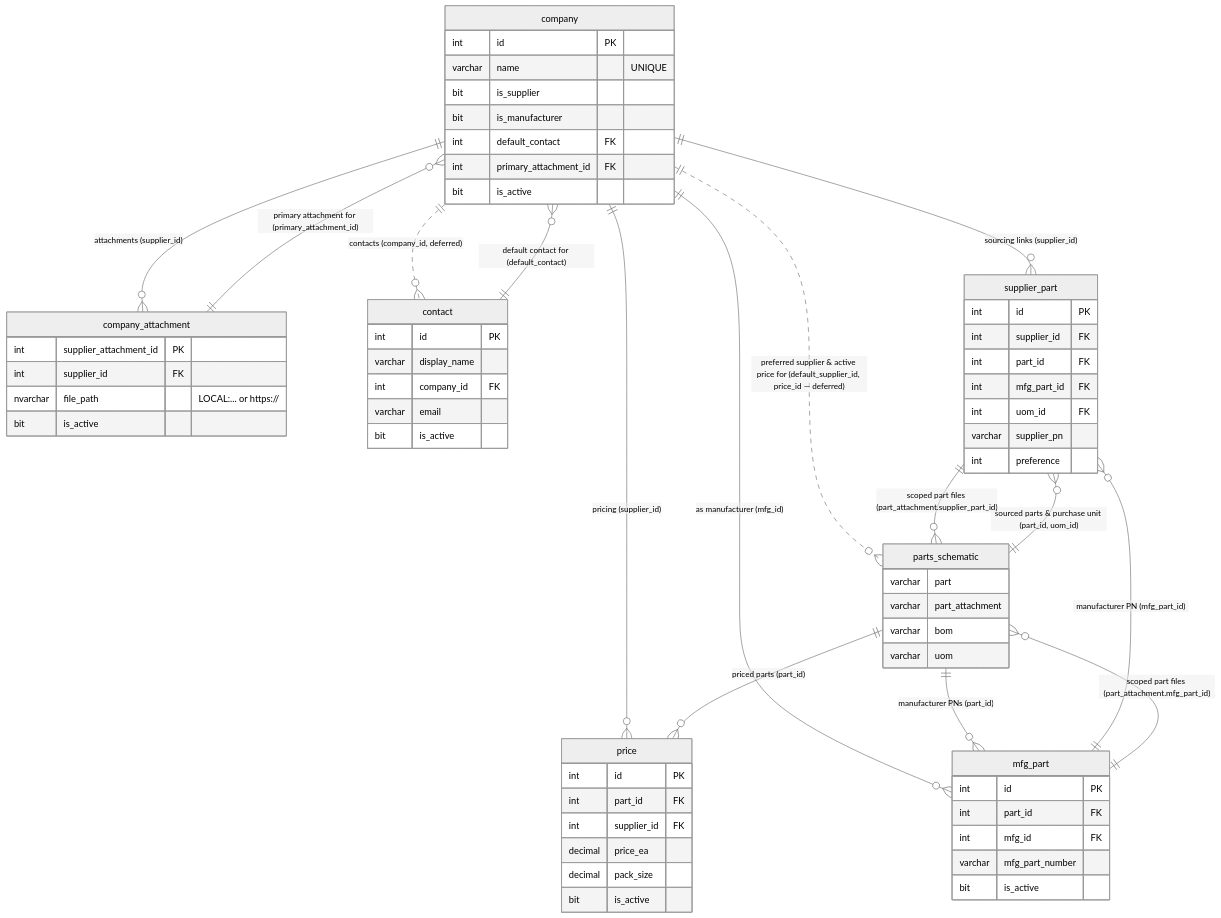
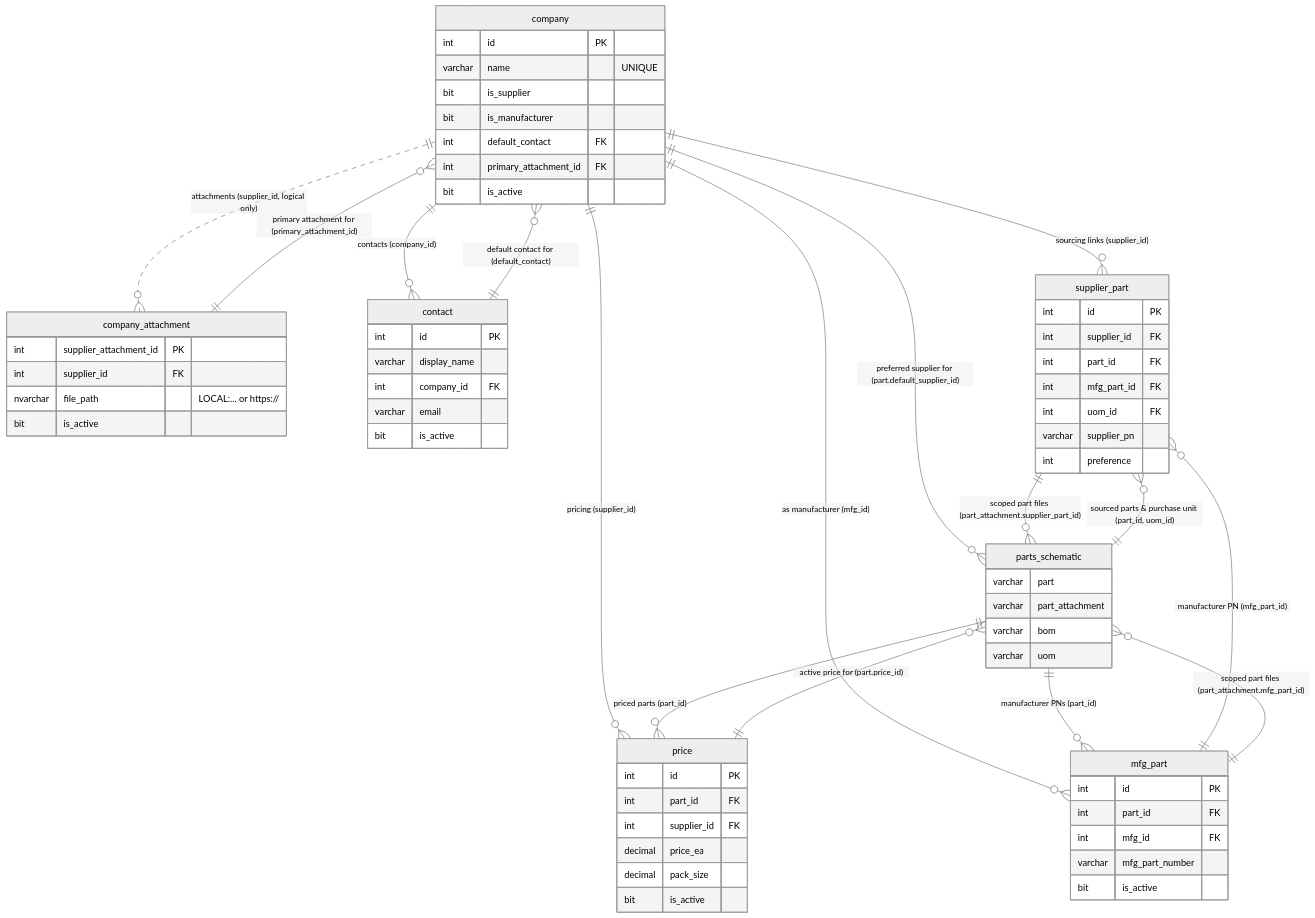
The third of 7 diagrams in SQL/schema_diagram.md (Jolls/arx), drawn with Mermaid (neutral theme) before and after one commit. The commit also changed other lines of this file and 1 other file, not shown here.

First line of the commit message:
Sync schema diagram FKs and event types with the DDL

````diff
--- a/SQL/schema_diagram.md
+++ b/SQL/schema_diagram.md
@@ -571,77 +575,78 @@
 ```mermaid
 erDiagram
 
     company {
         int     id                    PK
         varchar name                  "UNIQUE"
         bit     is_supplier
         bit     is_manufacturer
         int     default_contact       FK
         int     primary_attachment_id FK
         bit     is_active
     }
 
     company_attachment {
         int      supplier_attachment_id PK
         int      supplier_id            FK
         nvarchar file_path              "LOCAL:... or https://"
         bit      is_active
     }
 
     contact {
         int     id           PK
         varchar display_name
         int     company_id   FK
         varchar email
         bit     is_active
     }
 
     price {
         int     id          PK
         int     part_id     FK
         int     supplier_id FK
         decimal price_ea
         decimal pack_size
         bit     is_active
     }
 
     supplier_part {
         int     id          PK
         int     supplier_id FK
         int     part_id     FK
         int     mfg_part_id FK
         int     uom_id      FK
         varchar supplier_pn
         int     preference
     }
 
     mfg_part {
         int     id              PK
         int     part_id         FK
         int     mfg_id          FK
         varchar mfg_part_number
         bit     is_active
     }
 
     parts_schematic {
         varchar part
         varchar part_attachment
         varchar bom
         varchar uom
     }
 
-    company              ||--o{ company_attachment : "attachments (supplier_id)"
+    company              ||..o{ company_attachment : "attachments (supplier_id, logical only)"
     company_attachment   ||--o{ company             : "primary attachment for (primary_attachment_id)"
-    company              ||..o{ contact             : "contacts (company_id, deferred)"
+    company              ||--o{ contact             : "contacts (company_id)"
     contact              ||--o{ company             : "default contact for (default_contact)"
     company               ||--o{ supplier_part       : "sourcing links (supplier_id)"
     company               ||--o{ mfg_part            : "as manufacturer (mfg_id)"
     company               ||--o{ price               : "pricing (supplier_id)"
     mfg_part               ||--o{ supplier_part        : "manufacturer PN (mfg_part_id)"
     parts_schematic         ||--o{ price                : "priced parts (part_id)"
     parts_schematic         ||--o{ supplier_part         : "sourced parts & purchase unit (part_id, uom_id)"
     parts_schematic         ||--o{ mfg_part              : "manufacturer PNs (part_id)"
-    company                 ||..o{ parts_schematic        : "preferred supplier & active price for (default_supplier_id, price_id — deferred)"
+    company                 ||--o{ parts_schematic        : "preferred supplier for (part.default_supplier_id)"
+    price                   ||--o{ parts_schematic        : "active price for (part.price_id)"
     supplier_part           ||--o{ parts_schematic        : "scoped part files (part_attachment.supplier_part_id)"
     mfg_part                ||--o{ parts_schematic        : "scoped part files (part_attachment.mfg_part_id)"
 ```
````
